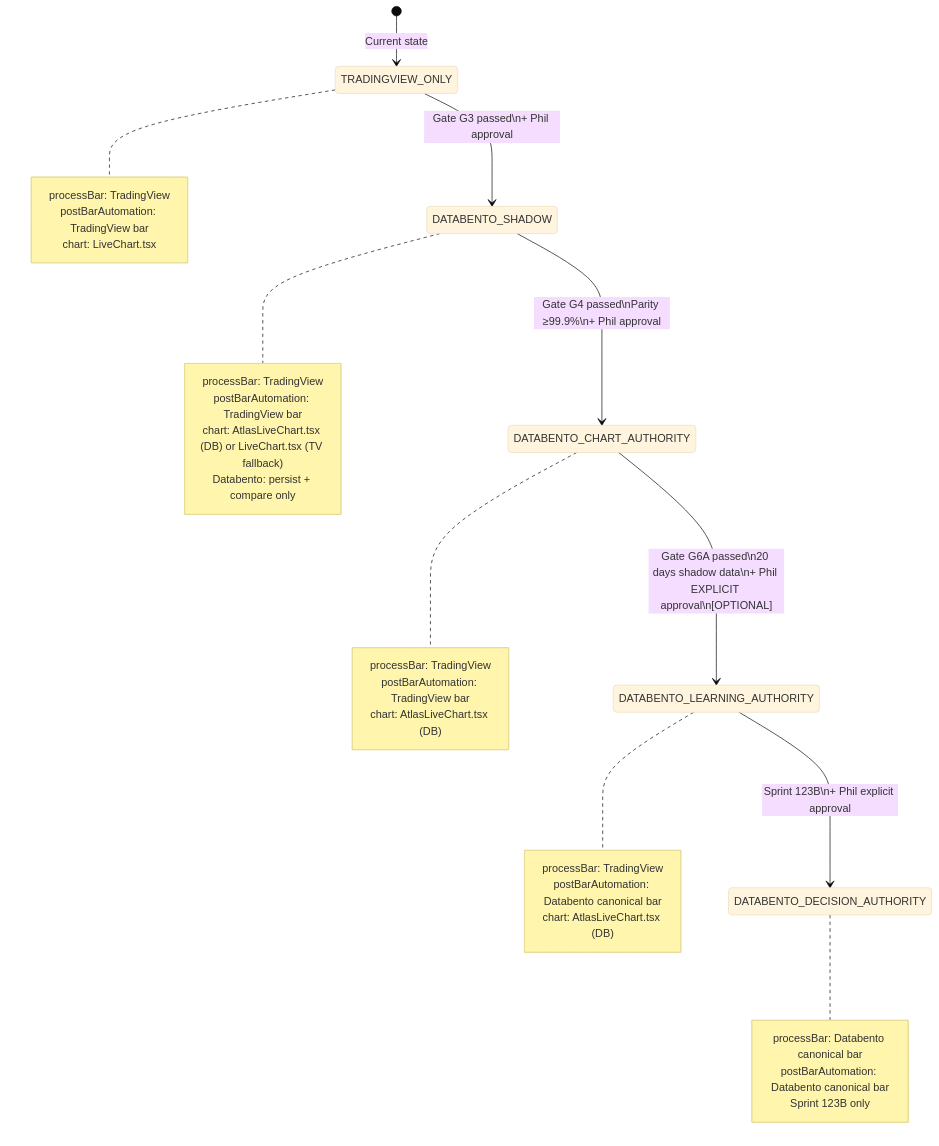
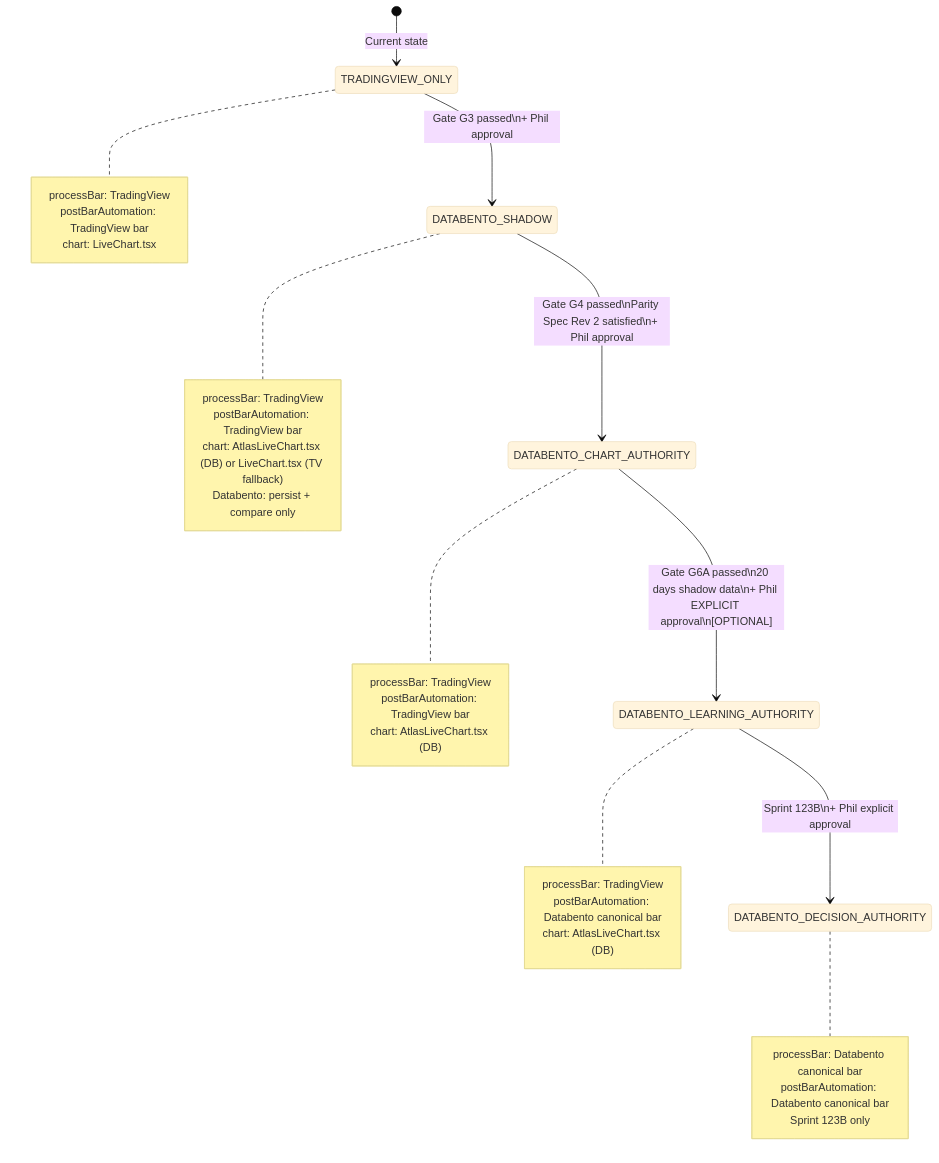
One commit to SFGrowth/Project-Atlas changed the fifth of 5 diagrams in docs/architecture/SPRINT_123A_DEPENDENCY_DIAGRAM.md. Above: the diagram before and after it, drawn with Mermaid (base theme). The commit also changed other lines of this file and 8 other files, not shown here.

````diff
--- a/docs/architecture/SPRINT_123A_DEPENDENCY_DIAGRAM.md
+++ b/docs/architecture/SPRINT_123A_DEPENDENCY_DIAGRAM.md
@@ -181,39 +181,39 @@
 ```mermaid
 stateDiagram-v2
     [*] --> TRADINGVIEW_ONLY : Current state
     TRADINGVIEW_ONLY --> DATABENTO_SHADOW : Gate G3 passed\n+ Phil approval
-    DATABENTO_SHADOW --> DATABENTO_CHART_AUTHORITY : Gate G4 passed\nParity ≥99.9%\n+ Phil approval
+    DATABENTO_SHADOW --> DATABENTO_CHART_AUTHORITY : Gate G4 passed\nParity Spec Rev 2 satisfied\n+ Phil approval
     DATABENTO_CHART_AUTHORITY --> DATABENTO_LEARNING_AUTHORITY : Gate G6A passed\n20 days shadow data\n+ Phil EXPLICIT approval\n[OPTIONAL]
     DATABENTO_LEARNING_AUTHORITY --> DATABENTO_DECISION_AUTHORITY : Sprint 123B\n+ Phil explicit approval
 
     note right of TRADINGVIEW_ONLY
         processBar: TradingView
         postBarAutomation: TradingView bar
         chart: LiveChart.tsx
     end note
 
     note right of DATABENTO_SHADOW
         processBar: TradingView
         postBarAutomation: TradingView bar
         chart: AtlasLiveChart.tsx (DB) or LiveChart.tsx (TV fallback)
         Databento: persist + compare only
     end note
 
     note right of DATABENTO_CHART_AUTHORITY
         processBar: TradingView
         postBarAutomation: TradingView bar
         chart: AtlasLiveChart.tsx (DB)
     end note
 
     note right of DATABENTO_LEARNING_AUTHORITY
         processBar: TradingView
         postBarAutomation: Databento canonical bar
         chart: AtlasLiveChart.tsx (DB)
     end note
 
     note right of DATABENTO_DECISION_AUTHORITY
         processBar: Databento canonical bar
         postBarAutomation: Databento canonical bar
         Sprint 123B only
     end note
 ```
````
